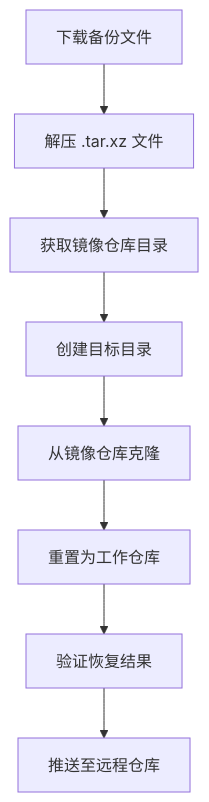
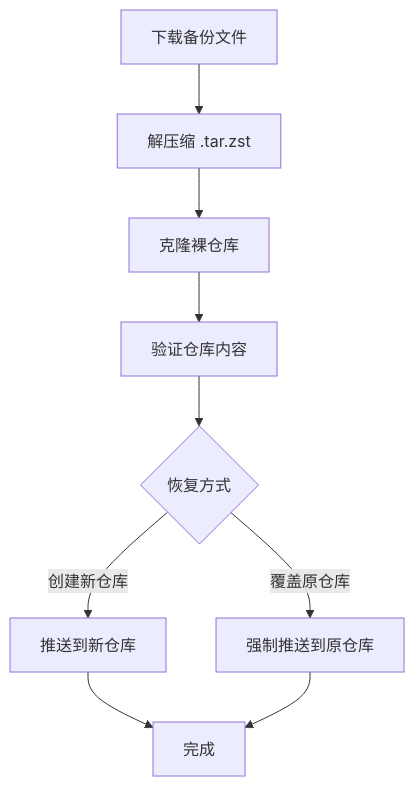
Before and after one commit to QC3284/backups-actions: the diagram in 恢复教程.md, drawn with Mermaid. The commit also changed other lines of this file, not shown here.

````diff
--- a/恢复教程.md
+++ b/恢复教程.md
@@ -193,10 +158,11 @@
 ```mermaid
 graph TD
-    A[下载备份文件] --> B[解压 .tar.xz 文件]
-    B --> C[获取镜像仓库目录]
-    C --> D[创建目标目录]
-    D --> E[从镜像仓库克隆]
-    E --> F[重置为工作仓库]
-    F --> G[验证恢复结果]
-    G --> H[推送至远程仓库]
+    A[下载备份文件] --> B[解压缩 .tar.zst]
+    B --> C[克隆裸仓库]
+    C --> D[验证仓库内容]
+    D --> E{恢复方式}
+    E -->|创建新仓库| F[推送到新仓库]
+    E -->|覆盖原仓库| G[强制推送到原仓库]
+    F --> H[完成]
+    G --> H
 ```
````
